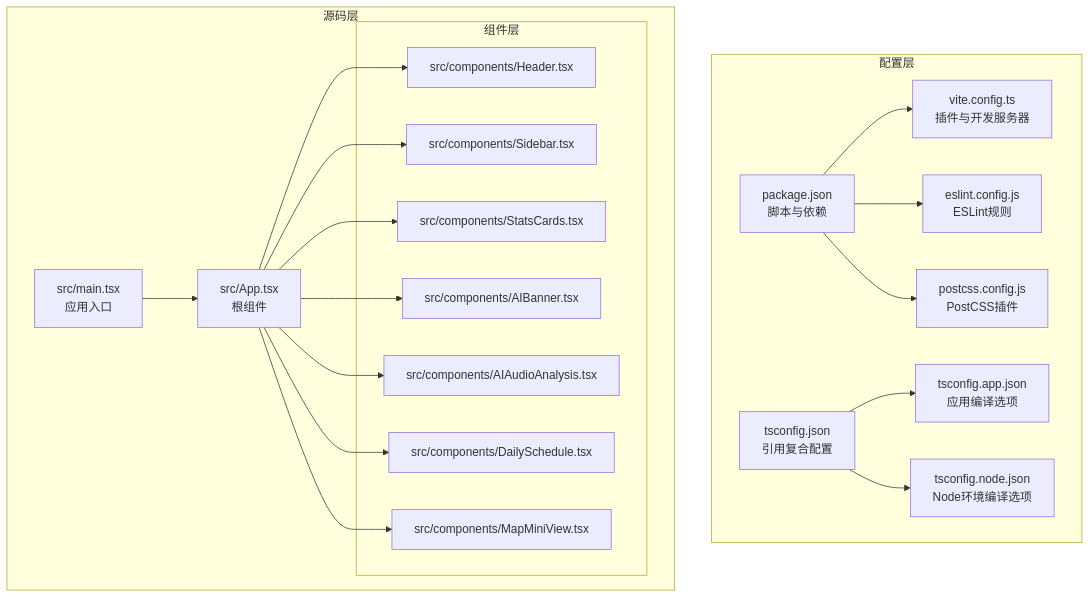
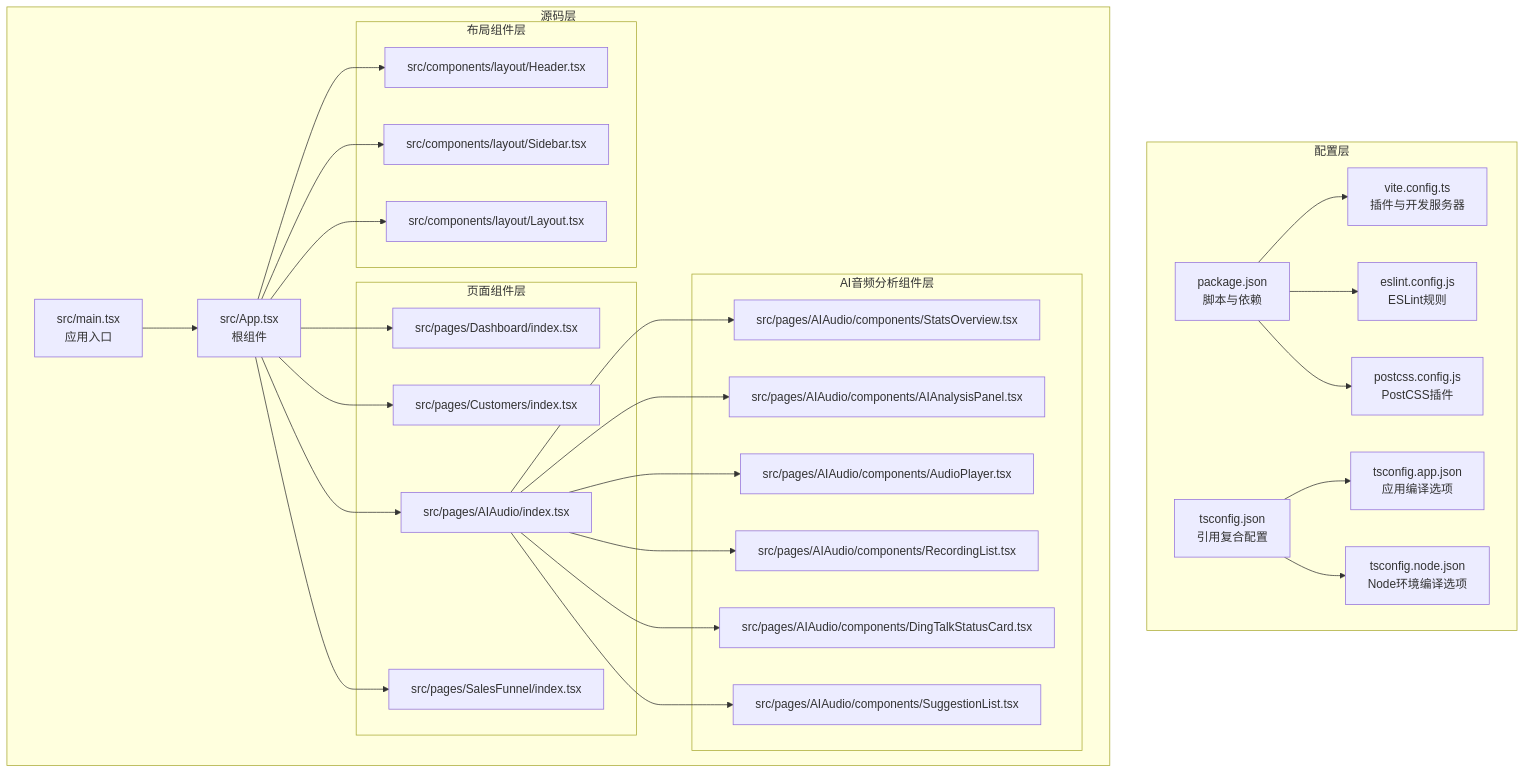
Before and after one commit to xianjianshenqu/SalesFlow-CRM: the first of 6 diagrams in .qoder/repowiki/zh/content/开发指南/开发指南.md, drawn with Mermaid. The commit also changed other lines of this file and 17 other files, not shown here.

````diff
--- a/.qoder/repowiki/zh/content/开发指南/开发指南.md
+++ b/.qoder/repowiki/zh/content/开发指南/开发指南.md
@@ -44,38 +47,54 @@
 ```mermaid
 graph TB
 subgraph "配置层"
 Pkg["package.json<br/>脚本与依赖"]
 ViteCfg["vite.config.ts<br/>插件与开发服务器"]
 TSRoot["tsconfig.json<br/>引用复合配置"]
 TSApp["tsconfig.app.json<br/>应用编译选项"]
 TSNode["tsconfig.node.json<br/>Node环境编译选项"]
 ESL["eslint.config.js<br/>ESLint规则"]
 PostCSS["postcss.config.js<br/>PostCSS插件"]
 end
 subgraph "源码层"
 Main["src/main.tsx<br/>应用入口"]
 App["src/App.tsx<br/>根组件"]
-subgraph "组件层"
-Header["src/components/Header.tsx"]
-Sidebar["src/components/Sidebar.tsx"]
-Stats["src/components/StatsCards.tsx"]
-AIBanner["src/components/AIBanner.tsx"]
-AIAudio["src/components/AIAudioAnalysis.tsx"]
-Daily["src/components/DailySchedule.tsx"]
-MapMini["src/components/MapMiniView.tsx"]
+subgraph "布局组件层"
+Header["src/components/layout/Header.tsx"]
+Sidebar["src/components/layout/Sidebar.tsx"]
+Layout["src/components/layout/Layout.tsx"]
+end
+subgraph "页面组件层"
+Dashboard["src/pages/Dashboard/index.tsx"]
+Customers["src/pages/Customers/index.tsx"]
+AIAudio["src/pages/AIAudio/index.tsx"]
+SalesFunnel["src/pages/SalesFunnel/index.tsx"]
+end
+subgraph "AI音频分析组件层"
+StatsOverview["src/pages/AIAudio/components/StatsOverview.tsx"]
+AIAnalysisPanel["src/pages/AIAudio/components/AIAnalysisPanel.tsx"]
+AudioPlayer["src/pages/AIAudio/components/AudioPlayer.tsx"]
+RecordingList["src/pages/AIAudio/components/RecordingList.tsx"]
+DingTalkStatusCard["src/pages/AIAudio/components/DingTalkStatusCard.tsx"]
+SuggestionList["src/pages/AIAudio/components/SuggestionList.tsx"]
 end
 end
 Pkg --> ViteCfg
 Pkg --> ESL
 Pkg --> PostCSS
 TSRoot --> TSApp
 TSRoot --> TSNode
 Main --> App
 App --> Header
 App --> Sidebar
-App --> Stats
-App --> AIBanner
+App --> Layout
+App --> Dashboard
+App --> Customers
 App --> AIAudio
-App --> Daily
-App --> MapMini
+App --> SalesFunnel
+AIAudio --> StatsOverview
+AIAudio --> AIAnalysisPanel
+AIAudio --> AudioPlayer
+AIAudio --> RecordingList
+AIAudio --> DingTalkStatusCard
+AIAudio --> SuggestionList
 ```
````
